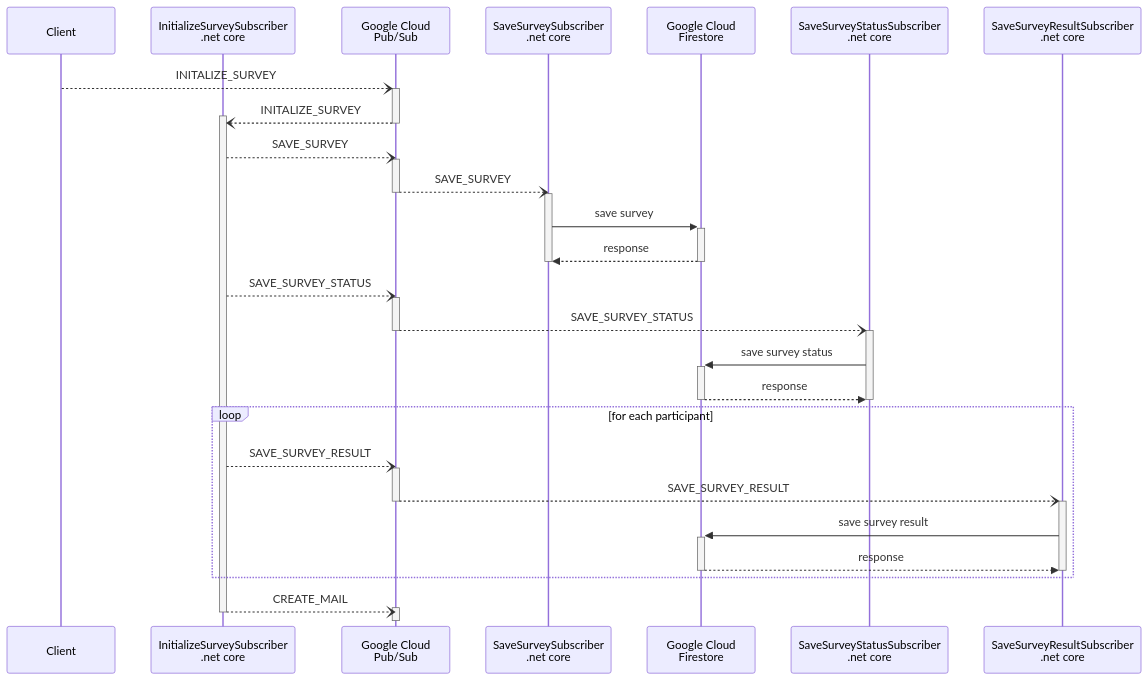
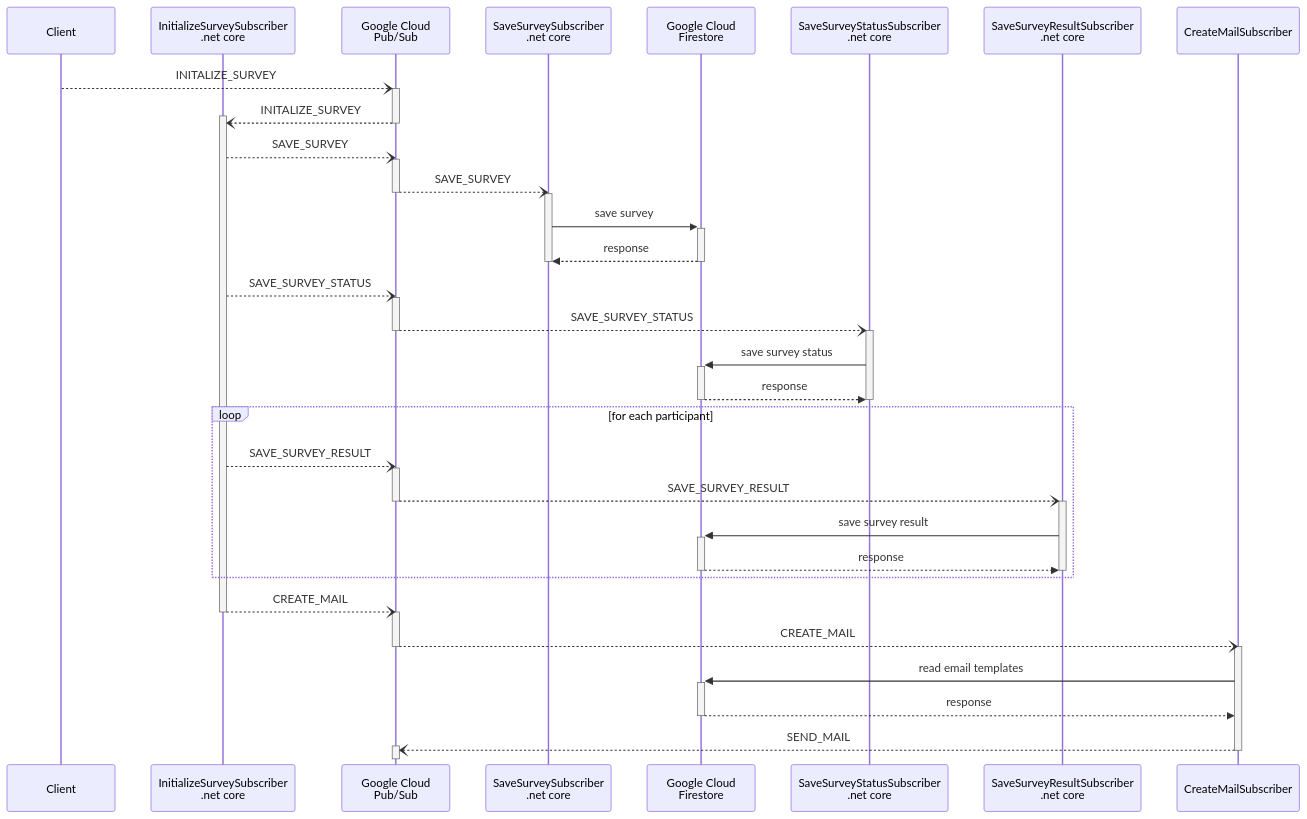
The diagram in doc/initialize-survey.mermaid (MichaelDiers/surveys), drawn with Mermaid before and after one commit. The commit also changed 1 other file, not shown here.

```diff
--- a/doc/initialize-survey.mermaid
+++ b/doc/initialize-survey.mermaid
@@ -1,46 +1,55 @@
 sequenceDiagram
     participant C as Client
     participant InitSurvey as InitializeSurveySubscriber<br>.net core
     participant PS as Google Cloud<br>Pub/Sub
     participant SaveSurvey as SaveSurveySubscriber<br>.net core
     participant F as Google Cloud<br>Firestore
     participant SaveSurveyStatus as SaveSurveyStatusSubscriber<br>.net core
     participant SaveSurveyResult as SaveSurveyResultSubscriber<br>.net core
+    participant CreateMail as CreateMailSubscriber
     C--)+PS: INITALIZE_SURVEY
     PS--)+InitSurvey: INITALIZE_SURVEY
     deactivate PS
     %% SAVE_SURVEY
     InitSurvey--)PS: SAVE_SURVEY
     activate PS
     PS--)SaveSurvey: SAVE_SURVEY
     deactivate PS
     activate SaveSurvey
     SaveSurvey->>+F: save survey
     F-->>SaveSurvey: response
     deactivate F
     deactivate SaveSurvey
     %% SAVE_SURVEY_STATUS
     InitSurvey--)PS: SAVE_SURVEY_STATUS
     activate PS
     PS--)+SaveSurveyStatus: SAVE_SURVEY_STATUS
     deactivate PS
     SaveSurveyStatus->>+F: save survey status
     F-->>SaveSurveyStatus: response
     deactivate F
     deactivate SaveSurveyStatus
     %% SAVE_SURVEY_RESULT
     loop for each participant
         InitSurvey--)PS: SAVE_SURVEY_RESULT
         activate PS
         PS--)+SaveSurveyResult: SAVE_SURVEY_RESULT
         deactivate PS
         SaveSurveyResult->>+F: save survey result
         F-->>SaveSurveyResult: response
         deactivate F
         deactivate SaveSurveyResult
     end
     %% CREATE_MAIL
     InitSurvey--)PS: CREATE_MAIL
+    deactivate InitSurvey
     activate PS
+    PS--)CreateMail: CREATE_MAIL
     deactivate PS
-    deactivate InitSurvey
+    activate CreateMail
+    CreateMail->>+F: read email templates
+    F-->>CreateMail: response
+    deactivate F
+    CreateMail--)+PS: SEND_MAIL
+    deactivate CreateMail
+    deactivate PS
```
